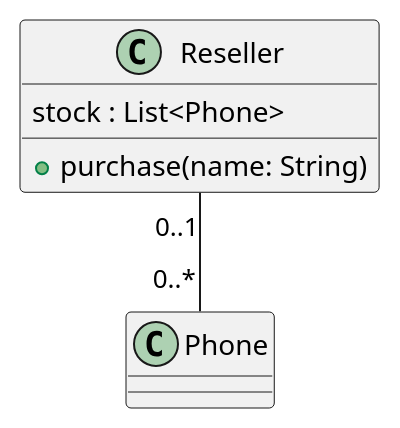
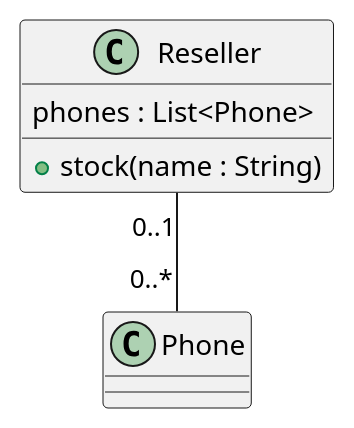
One commit to lyhcode/oosad changed the diagram in ex-phone/reseller-class.md. Above: the diagram before and after it, drawn with PlantUML. The commit also changed other lines of this file and 21 other files, not shown here.

````diff
--- a/ex-phone/reseller-class.md
+++ b/ex-phone/reseller-class.md
@@ -5,9 +5,9 @@
 ```uml
 @startuml
 class Reseller {
-    stock : List<Phone>
-    + purchase(name: String)
+    phones : List<Phone>
+    + stock(name : String)
 }
 Reseller "0..1" -- "0..*" Phone
 @enduml
 ```
````
